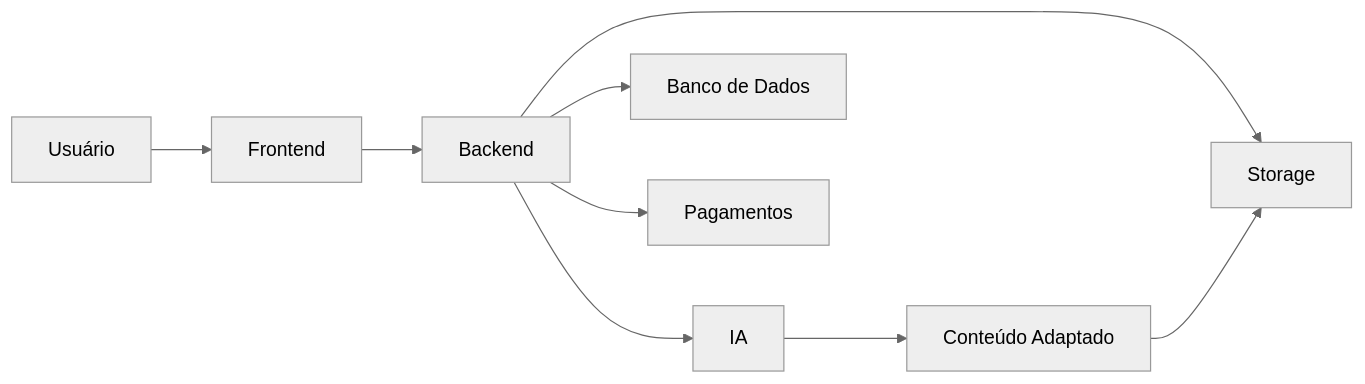
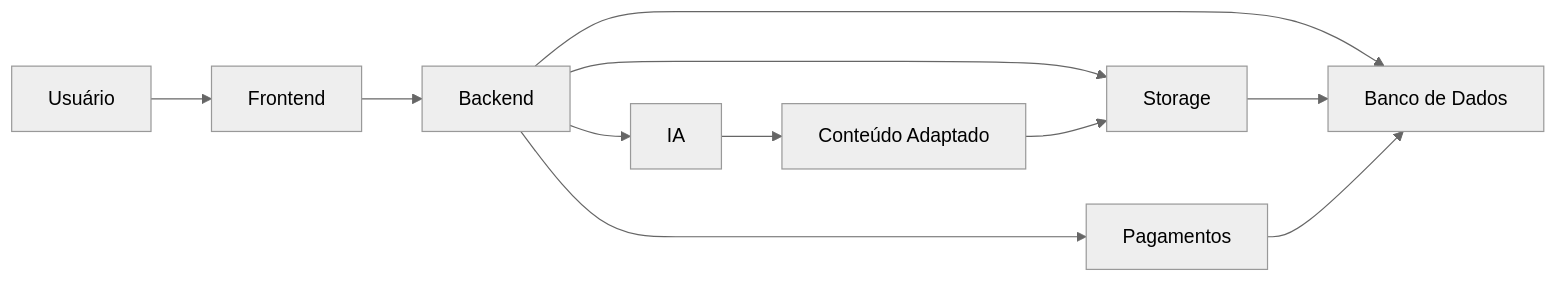
Before and after one commit to Gustavogomessk/spectrum: the diagram in README.md, drawn with Mermaid (neutral theme). The commit also changed other lines of this file, not shown here.

````diff
--- a/README.md
+++ b/README.md
@@ -132,10 +128,10 @@
 ```mermaid
 graph LR
   A[Usuário] --> B[Frontend]
   B --> C[Backend]
   C --> D[IA]
   C --> E[Banco de Dados]
-  C --> F[Storage]
-  C --> G[Pagamentos]
+  C --> F[Storage] --> E
+  C --> G[Pagamentos] --> E
   D --> H[Conteúdo Adaptado] --> F
 ```
````
